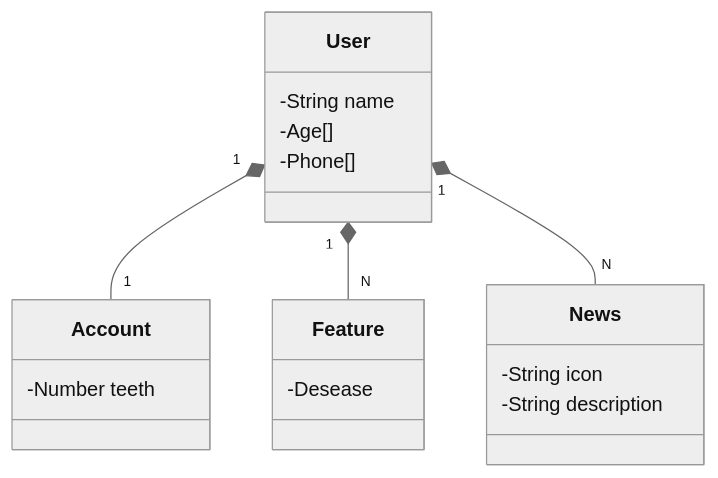
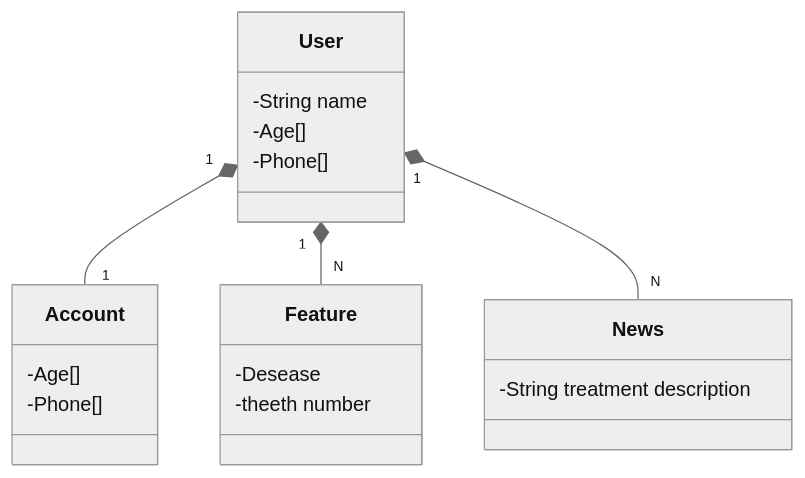
Before and after one commit to julianaalvescamargo/santander-dev-week-2023: the diagram in README.md, drawn with Mermaid (neutral theme).

````diff
--- a/README.md
+++ b/README.md
@@ -18,26 +18,28 @@
 ```mermaid
 classDiagram
   class User {
     -String name
     -Age[] 
     -Phone[] 
   }
 
   class Account {
-    -Number teeth
+    -Age[] 
+    -Phone[] 
+    
   }
 
   class Feature {
     -Desease
+    -theeth number
   }
 
 
   class News {
-    -String icon
-    -String description
+    -String treatment description
   }
 
   User "1" *-- "1" Account
   User "1" *-- "N" Feature
   User "1" *-- "N" News
 ```
````
